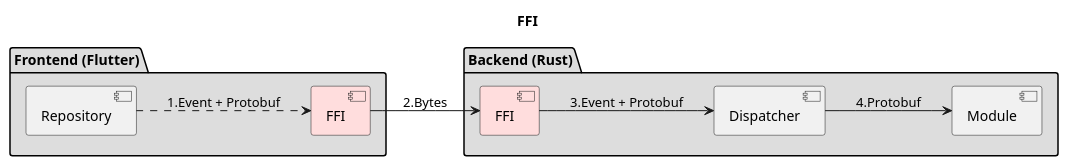
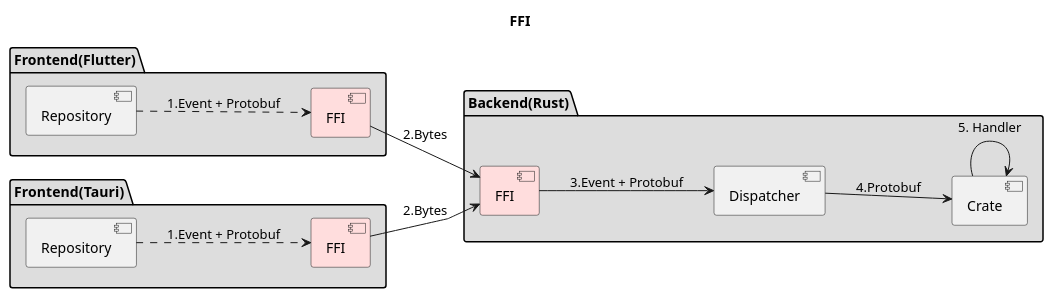
The first of 2 diagrams in uml/rust_classes/event_map.plantuml (AppFlowy-IO/AppFlowy-Docs), drawn with PlantUML before and after one commit. The commit also changed other lines of this file and 4 other files, not shown here.

```diff
--- a/uml/rust_classes/event_map.plantuml
+++ b/uml/rust_classes/event_map.plantuml
@@ -1,21 +1,31 @@
 @startuml FlowySDK
 title FFI
 left to right direction
 skinparam linetype polyline
 
-package "Frontend (Flutter)" #DDDDDD {
-    component Repository_A as "Repository"
-    component FFI_Frontend as "FFI" #FFDDDD
+package "Frontend(Flutter)" #DDDDDD {
+    component Repository_Flutter as "Repository"
+    component FFI_Flutter as "FFI" #FFDDDD
 }
 
-package "Backend (Rust)" #DDDDDD {
+package "Frontend(Tauri)" #DDDDDD {
+    component Repository_Tauri as "Repository"
+    component FFI_Tauri as "FFI" #FFDDDD
+}
+
+package "Backend(Rust)" #DDDDDD {
     component FFI_Backend as "FFI" #FFDDDD
     component Dispatcher
-    component Module
+    component Crate
 }
 
-Repository_A ..> FFI_Frontend : 1.Event + Protobuf
-FFI_Frontend --> FFI_Backend : 2.Bytes
+Repository_Flutter ..> FFI_Flutter : 1.Event + Protobuf
+FFI_Flutter --> FFI_Backend : 2.Bytes
+
+Repository_Tauri ..> FFI_Tauri: 1.Event + Protobuf
+FFI_Tauri --> FFI_Backend : 2.Bytes
+
 FFI_Backend --> Dispatcher : 3.Event + Protobuf
-Dispatcher --> Module: 4.Protobuf
+Dispatcher --> Crate: 4.Protobuf
+Crate --> Crate: 5. Handler
 @enduml
```
